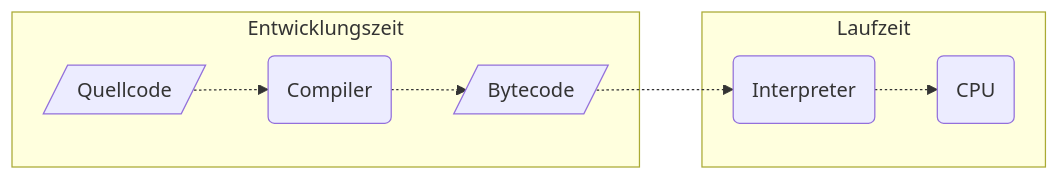
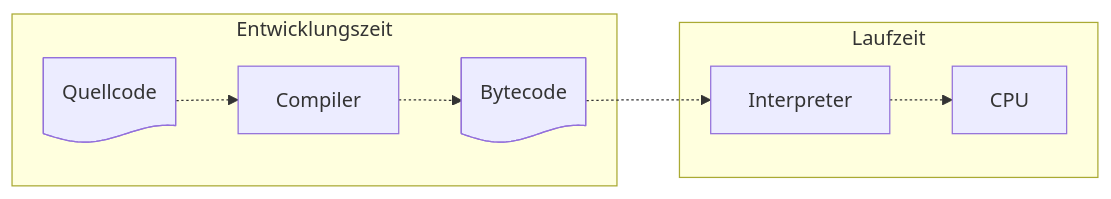
The seventh of 7 diagrams in docs/documentation/coding.mdx (jappuccini/java-docs), drawn with Mermaid before and after one commit. The commit also changed other lines of this file and 26 other files, not shown here.

Commit message:
Update Mermaid Format

````diff
--- a/docs/documentation/coding.mdx
+++ b/docs/documentation/coding.mdx
@@ -166,15 +165,15 @@
 ```mermaid
 flowchart LR
-    sourcecode[/Quellcode/]
-    bytecode[/Bytecode/]
-    compiler(Compiler)
-    interpreter(Interpreter)
-    cpu(CPU)
-    subgraph Entwicklungszeit
-        sourcecode -.-> compiler -.-> bytecode
-    end
-    subgraph Laufzeit
-        interpreter -.-> cpu
-    end
-    bytecode -.-> interpreter
+   sourcecode[Quellcode]@{ shape: doc }
+   bytecode[Bytecode]@{ shape: doc }
+   compiler[Compiler]
+   interpreter[Interpreter]
+   cpu[CPU]
+   subgraph Entwicklungszeit
+      sourcecode -.-> compiler -.-> bytecode
+   end
+   subgraph Laufzeit
+      interpreter -.-> cpu
+   end
+   bytecode -.-> interpreter
 ```
````
